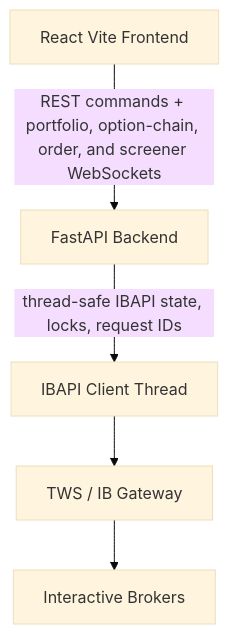
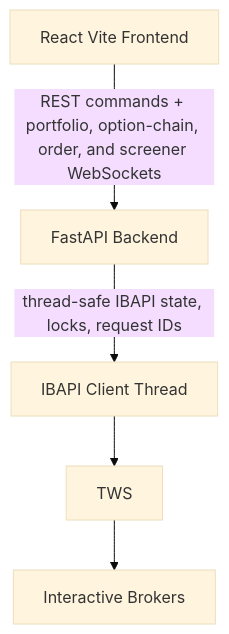
Before and after one commit to ryan1604/Investor-OS: the diagram in docs/ARCHITECTURE.md, drawn with Mermaid (base theme). The commit also changed other lines of this file and 107 other files, not shown here.

````diff
--- a/docs/ARCHITECTURE.md
+++ b/docs/ARCHITECTURE.md
@@ -43,13 +43,13 @@
 ```mermaid
 flowchart TD
     frontend[React Vite Frontend]
     backend[FastAPI Backend]
     ibapi[IBAPI Client Thread]
-    gateway[TWS / IB Gateway]
+    tws[TWS]
     ib[Interactive Brokers]
 
     frontend -->|REST commands + portfolio, option-chain, order, and screener WebSockets| backend
     backend -->|thread-safe IBAPI state, locks, request IDs| ibapi
-    ibapi --> gateway
-    gateway --> ib
+    ibapi --> tws
+    tws --> ib
 ```
````
